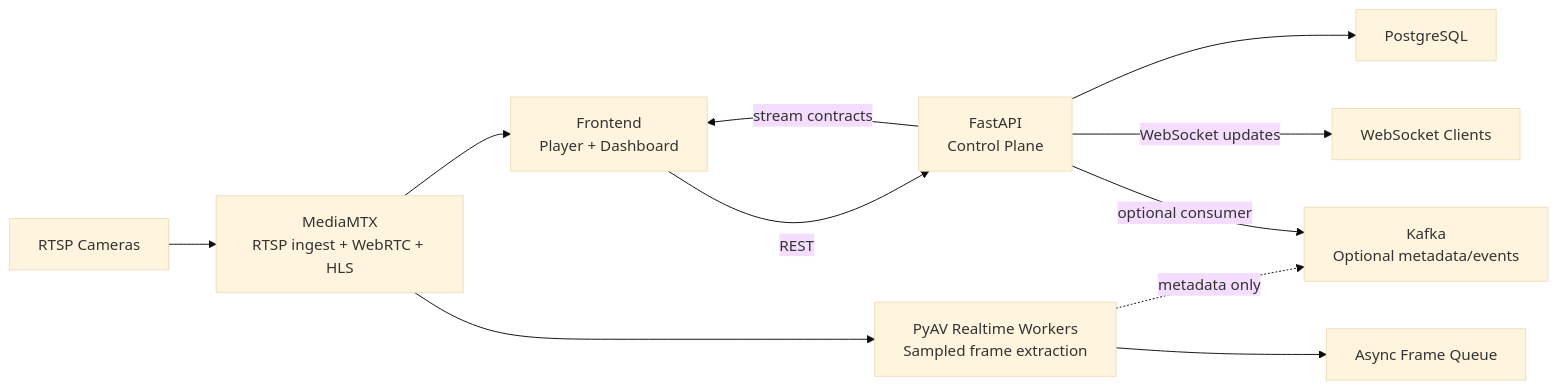
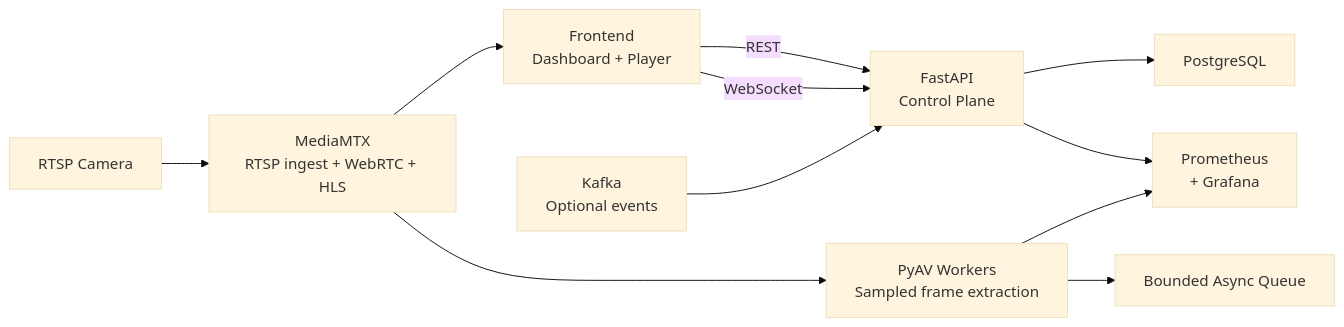
The first of 2 diagrams in backend/README.md (Premaramkarthik/Ai-Intelligence-Theft-Detection), drawn with Mermaid (base theme) before and after one commit. The commit also changed other lines of this file, not shown here.

````diff
--- a/backend/README.md
+++ b/backend/README.md
@@ -21,23 +30,23 @@
 ```mermaid
 flowchart LR
-    Camera["RTSP Cameras"]
+    Camera["RTSP Camera"]
     MediaMTX["MediaMTX\nRTSP ingest + WebRTC + HLS"]
-    Frontend["Frontend\nPlayer + Dashboard"]
+    Frontend["Frontend\nDashboard + Player"]
     FastAPI["FastAPI\nControl Plane"]
-    PyAV["PyAV Realtime Workers\nSampled frame extraction"]
-    Queue["Async Frame Queue"]
-    Kafka["Kafka\nOptional metadata/events"]
+    PyAV["PyAV Workers\nSampled frame extraction"]
+    Queue["Bounded Async Queue"]
     Postgres["PostgreSQL"]
-    WS["WebSocket Clients"]
+    Kafka["Kafka\nOptional events"]
+    Metrics["Prometheus\n+ Grafana"]
 
     Camera --> MediaMTX
     MediaMTX --> Frontend
     MediaMTX --> PyAV
     PyAV --> Queue
-    PyAV -. metadata only .-> Kafka
     Frontend -->|REST| FastAPI
+    Frontend -->|WebSocket| FastAPI
     FastAPI --> Postgres
-    FastAPI -->|stream contracts| Frontend
-    FastAPI -->|optional consumer| Kafka
-    FastAPI -->|WebSocket updates| WS
+    Kafka --> FastAPI
+    FastAPI --> Metrics
+    PyAV --> Metrics
 ```
````
